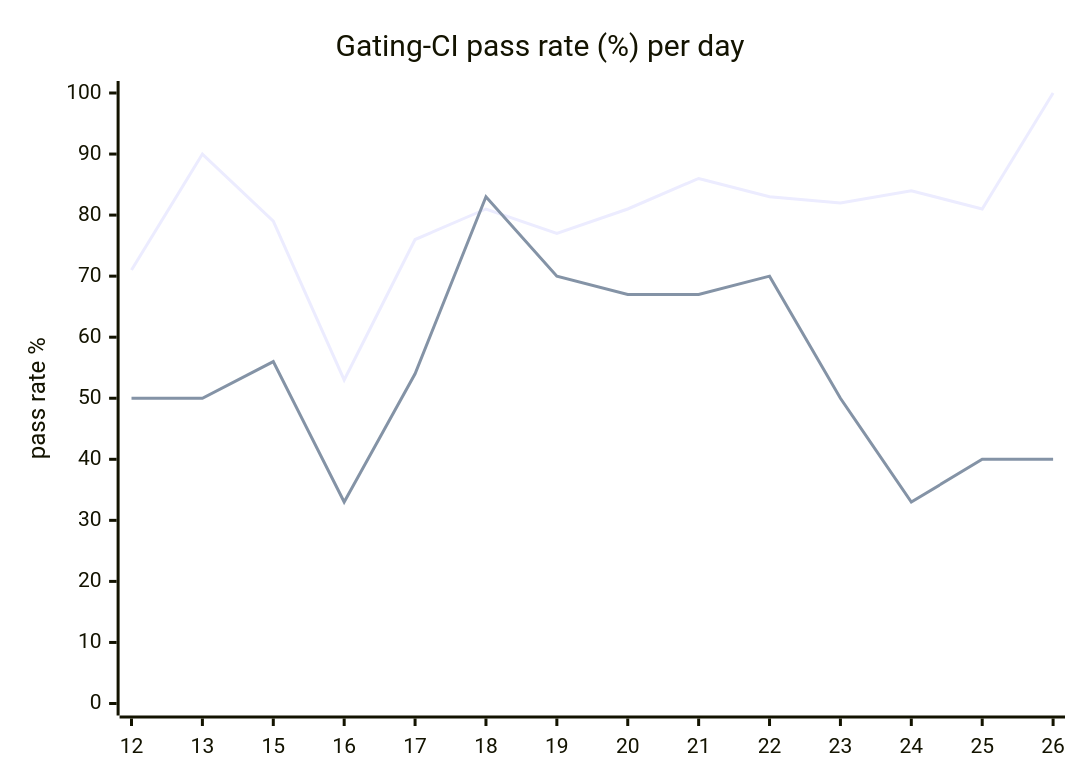
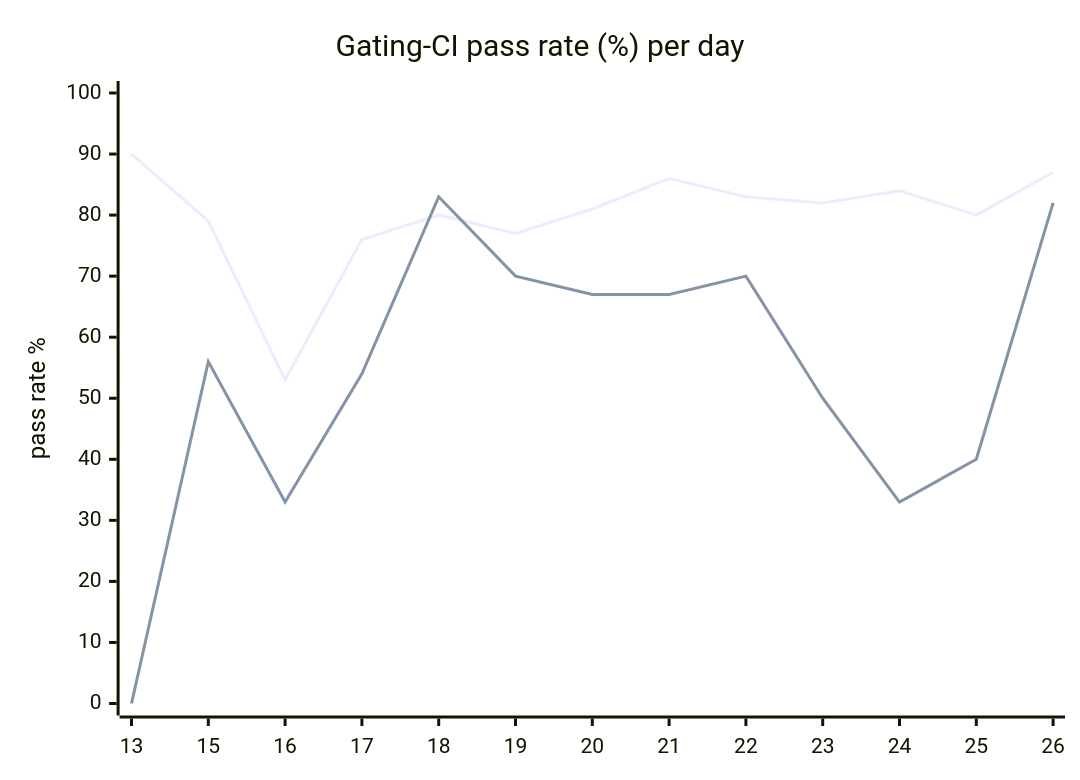
One commit to hatchet-dev/hatchet changed the diagram in hack/ci/ci-dashboard/staging/issue.md. Above: the diagram before and after it, drawn with Mermaid. The commit also changed other lines of this file, not shown here.

````diff
--- a/hack/ci/ci-dashboard/staging/issue.md
+++ b/hack/ci/ci-dashboard/staging/issue.md
@@ -9,8 +9,8 @@
 ```mermaid
 xychart-beta
   title "Gating-CI pass rate (%) per day"
-  x-axis [12, 13, 15, 16, 17, 18, 19, 20, 21, 22, 23, 24, 25, 26]
+  x-axis [13, 15, 16, 17, 18, 19, 20, 21, 22, 23, 24, 25, 26]
   y-axis "pass rate %" 0 --> 100
-  line "CI" [71, 90, 79, 53, 76, 81, 77, 81, 86, 83, 82, 84, 81, 100]
-  line "main" [50, 50, 56, 33, 54, 83, 70, 67, 67, 70, 50, 33, 40, 40]
+  line "CI" [90, 79, 53, 76, 80, 77, 81, 86, 83, 82, 84, 80, 87]
+  line "main" [0, 56, 33, 54, 83, 70, 67, 67, 70, 50, 33, 40, 82]
 ```
````
